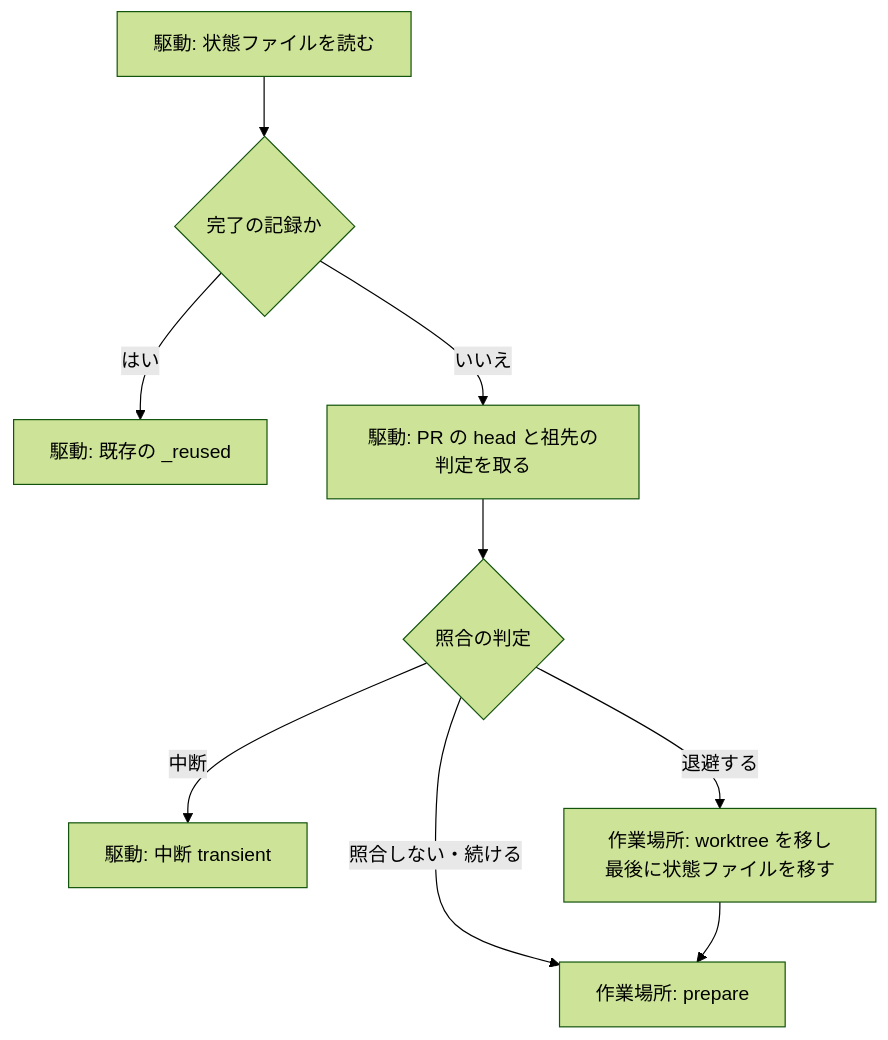
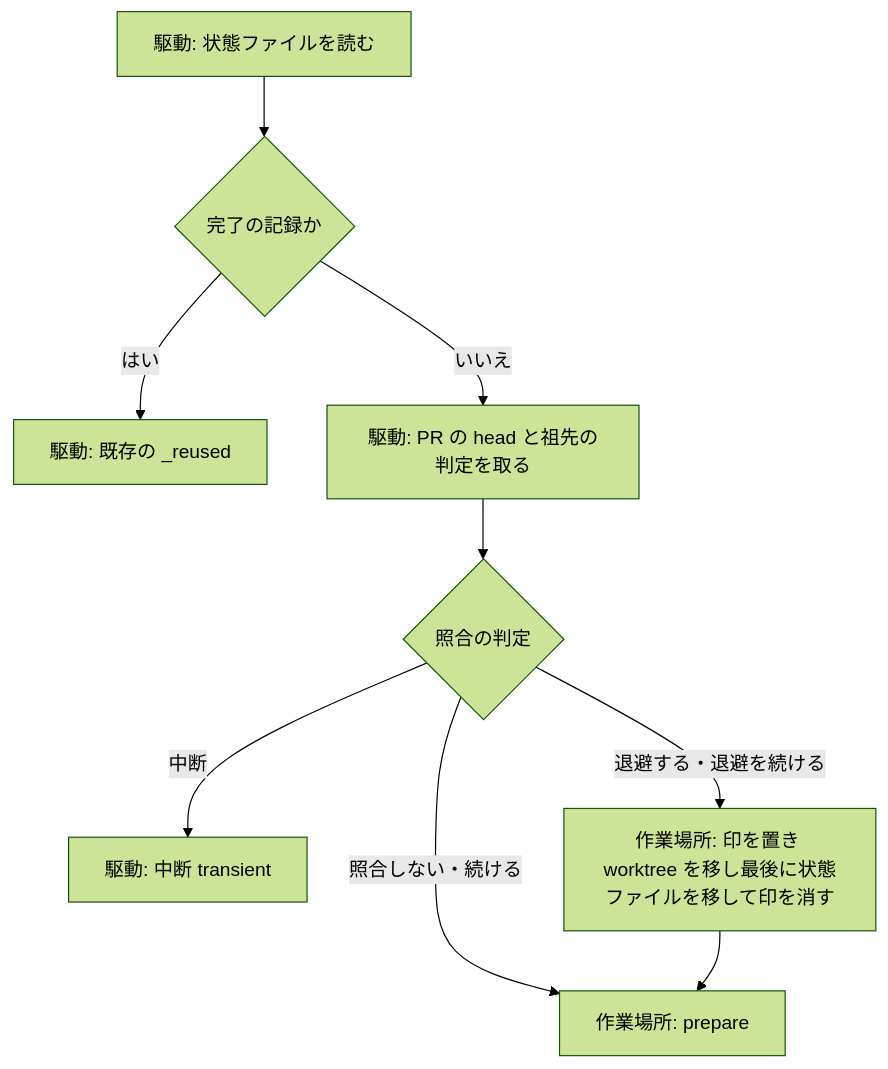
One commit to devbasex/ai-plugins changed the third of 3 diagrams in issues/issue-3483-design.md. Above: the diagram before and after it, drawn with Mermaid (forest theme). The commit also changed other lines of this file, not shown here.

````diff
--- a/issues/issue-3483-design.md
+++ b/issues/issue-3483-design.md
@@ -212,11 +227,11 @@
 ```mermaid
 graph TD
     A[駆動: 状態ファイルを読む] --> B{完了の記録か}
     B -- はい --> C[駆動: 既存の _reused]
     B -- いいえ --> F[駆動: PR の head と祖先の判定を取る]
     F --> J{照合の判定}
     J -- 照合しない・続ける --> P[作業場所: prepare]
     J -- 中断 --> X[駆動: 中断 transient]
-    J -- 退避する --> M[作業場所: worktree を移し最後に状態ファイルを移す]
+    J -- 退避する・退避を続ける --> M[作業場所: 印を置き worktree を移し最後に状態ファイルを移して印を消す]
     M --> P
 ```
````
